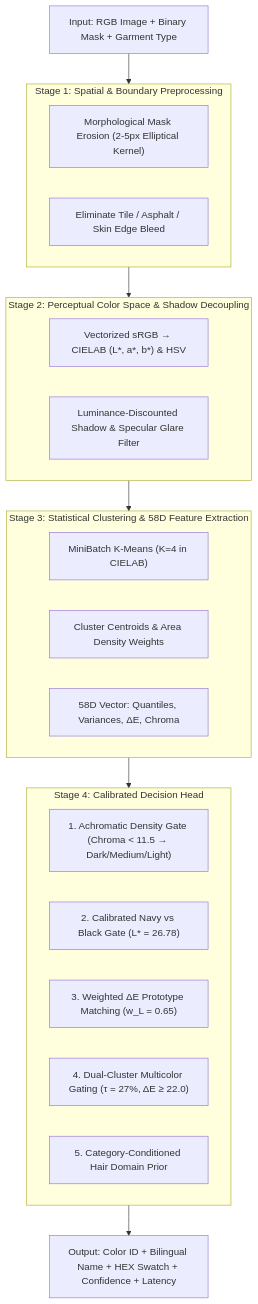
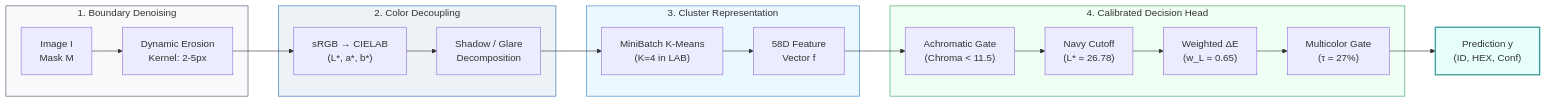
Before and after one commit to folklazy/Garment-Color-Extractor: the diagram in README.md, drawn with Mermaid. The commit also changed other lines of this file and 4 other files, not shown here.

Commit message:
docs: update architecture to paper-style 4-stage pipeline and include full M1-M5 ablation study

````diff
--- a/README.md
+++ b/README.md
@@ -51,36 +20,31 @@
 ```mermaid
-flowchart TD
-    In["Input: RGB Image + Binary Mask + Garment Type"] --> S1
-    
-    subgraph S1 ["Stage 1: Spatial & Boundary Preprocessing"]
-        S1_1["Morphological Mask Erosion (2-5px Elliptical Kernel)"]
-        S1_2["Eliminate Tile / Asphalt / Skin Edge Bleed"]
+flowchart LR
+    subgraph S1 ["1. Boundary Denoising"]
+        A["Image I<br>Mask M"] --> B["Dynamic Erosion<br>Kernel: 2-5px"]
     end
-    
-    S1 --> S2
-    
-    subgraph S2 ["Stage 2: Perceptual Color Space & Shadow Decoupling"]
-        S2_1["Vectorized sRGB → CIELAB (L*, a*, b*) & HSV"]
-        S2_2["Luminance-Discounted Shadow & Specular Glare Filter"]
+
+    subgraph S2 ["2. Color Decoupling"]
+        B --> C["sRGB → CIELAB<br>(L*, a*, b*)"]
+        C --> D["Shadow / Glare<br>Decomposition"]
     end
-    
-    S2 --> S3
-    
-    subgraph S3 ["Stage 3: Statistical Clustering & 58D Feature Extraction"]
-        S3_1["MiniBatch K-Means (K=4 in CIELAB)"]
-        S3_2["Cluster Centroids & Area Density Weights"]
-        S3_3["58D Vector: Quantiles, Variances, ΔE, Chroma"]
+
+    subgraph S3 ["3. Cluster Representation"]
+        D --> E["MiniBatch K-Means<br>(K=4 in LAB)"]
+        E --> F["58D Feature<br>Vector f"]
     end
-    
-    S3 --> S4
-    
-    subgraph S4 ["Stage 4: Calibrated Decision Head"]
-        S4_1["1. Achromatic Density Gate (Chroma < 11.5 → Dark/Medium/Light)"]
-        S4_2["2. Calibrated Navy vs Black Gate (L* = 26.78)"]
-        S4_3["3. Weighted ΔE Prototype Matching (w_L = 0.65)"]
-        S4_4["4. Dual-Cluster Multicolor Gating (τ = 27%, ΔE ≥ 22.0)"]
-        S4_5["5. Category-Conditioned Hair Domain Prior"]
+
+    subgraph S4 ["4. Calibrated Decision Head"]
+        F --> G["Achromatic Gate<br>(Chroma < 11.5)"]
+        G --> H["Navy Cutoff<br>(L* = 26.78)"]
+        H --> I["Weighted ΔE<br>(w_L = 0.65)"]
+        I --> J["Multicolor Gate<br>(τ = 27%)"]
     end
-    
-    S4 --> Out["Output: Color ID + Bilingual Name + HEX Swatch + Confidence + Latency"]
+
+    J --> Out["Prediction y<br>(ID, HEX, Conf)"]
+
+    style S1 fill:#f9f9fb,stroke:#4a5568,stroke-width:1px
+    style S2 fill:#edf2f7,stroke:#2b6cb0,stroke-width:1px
+    style S3 fill:#ebf8ff,stroke:#3182ce,stroke-width:1px
+    style S4 fill:#f0fff4,stroke:#38a169,stroke-width:1px
+    style Out fill:#e6fffa,stroke:#319795,stroke-width:2px
 ```
````
